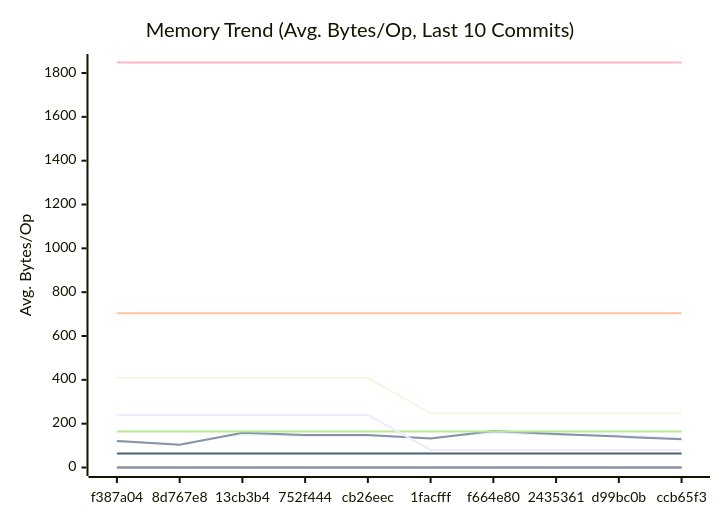
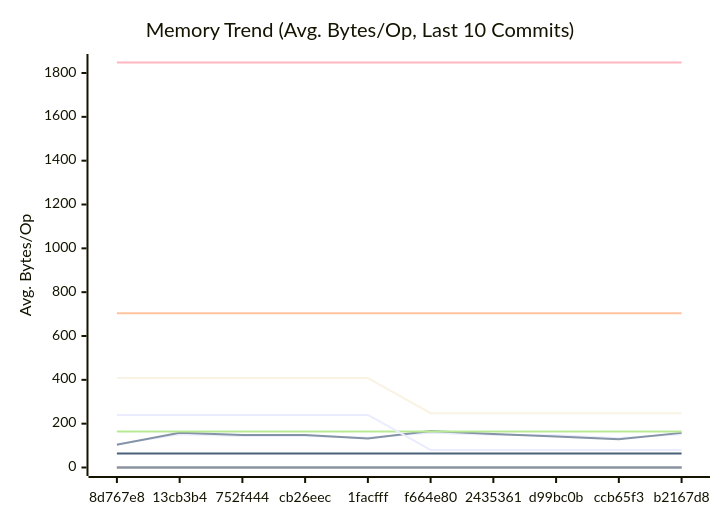
The second of 3 diagrams in docs/PERFORMANCE.md (alsotoes/momo), drawn with Mermaid before and after one commit. The commit also changed other lines of this file and 4 other files, not shown here.

````diff
--- a/docs/PERFORMANCE.md
+++ b/docs/PERFORMANCE.md
@@ -171,20 +171,20 @@
 ```mermaid
 xychart-beta
     title "Memory Trend (Avg. Bytes/Op, Last 10 Commits)"
     x-axis "Commit"
     y-axis "Avg. Bytes/Op"
-    x-axis [f387a04,8d767e8,13cb3b4,752f444,cb26eec,1facfff,f664e80,2435361,d99bc0b,ccb65f3]
-    line "AWSChunkedReaderSigned" [119,106,152,144,144,136,159,149,147,134]
-    line "AWSChunkedReaderUnsigned" [121,104,159,148,148,132,166,153,141,129]
+    x-axis [8d767e8,13cb3b4,752f444,cb26eec,1facfff,f664e80,2435361,d99bc0b,ccb65f3,b2167d8]
+    line "AWSChunkedReaderSigned" [106,152,144,144,136,159,149,147,134,152]
+    line "AWSChunkedReaderUnsigned" [104,159,148,148,132,166,153,141,129,158]
     line "CheckMetricsAndSwap" [0,0,0,0,0,0,0,0,0,0]
     line "CrushOptimized" [0,0,0,0,0,0,0,0,0,0]
     line "CrushOriginal" [164,164,164,164,164,164,164,164,164,164]
     line "IndexDirectTracking" [0,0,0,0,0,0,0,0,0,0]
     line "IndexSearch" [0,0,0,0,0,0,0,0,0,0]
     line "LoadGlobalConfig" [1848,1848,1848,1848,1848,1848,1848,1848,1848,1848]
     line "PadString" [64,64,64,64,64,64,64,64,64,64]
     line "ParseReplicationOrder_NoPrealloc" [408,408,408,408,408,248,248,248,248,248]
     line "ParseReplicationOrder_Prealloc" [240,240,240,240,240,80,80,80,80,80]
     line "SanitizeLog/Safe" [0,0,0,0,0,0,0,0,0,0]
     line "SanitizeLog/Unsafe" [704,704,704,704,704,704,704,704,704,704]
 ```
````
